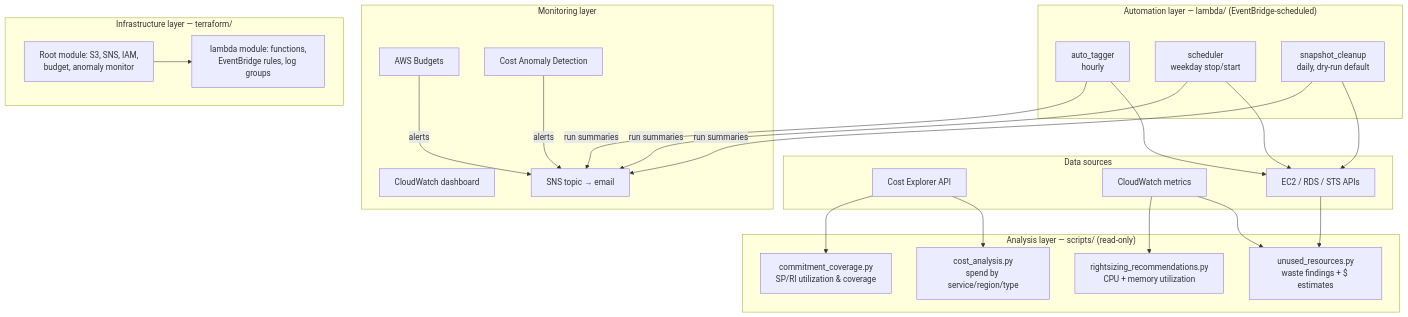
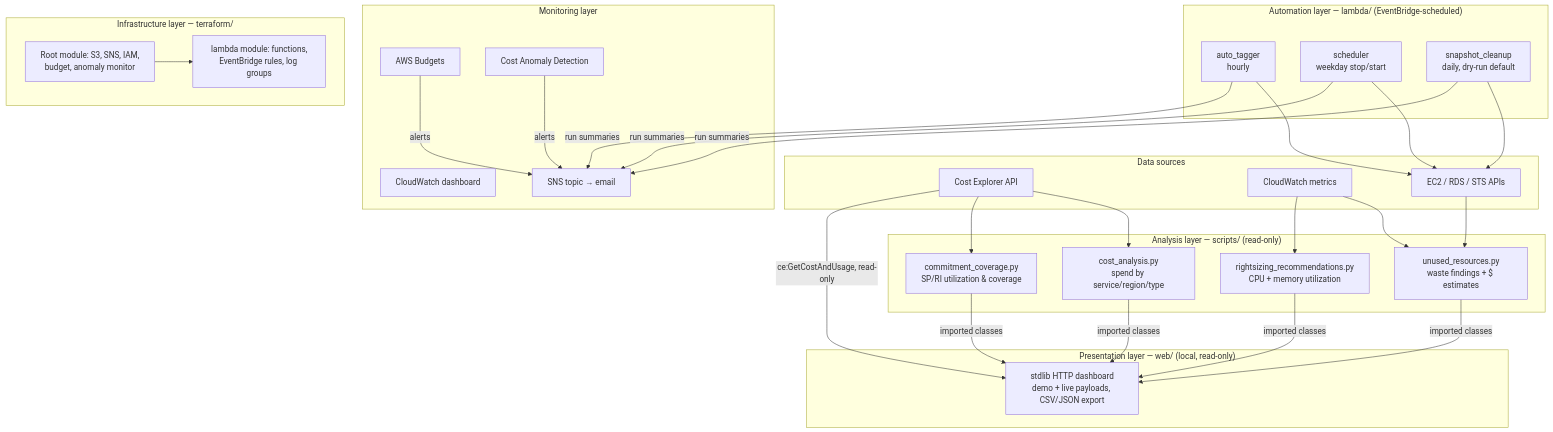
The diagram in docs/ARCHITECTURE.md (ayushraghuwanshi1704/aws-finops-cost-optimizer), drawn with Mermaid before and after one commit. The commit also changed other lines of this file and 21 other files, not shown here.

````diff
--- a/docs/ARCHITECTURE.md
+++ b/docs/ARCHITECTURE.md
@@ -14,41 +14,46 @@
 ```mermaid
 flowchart TB
     subgraph Data["Data sources"]
         CE[Cost Explorer API]
         CW[CloudWatch metrics]
         API[EC2 / RDS / STS APIs]
     end
 
     subgraph Analysis["Analysis layer — scripts/ (read-only)"]
         CA[cost_analysis.py<br/>spend by service/region/type]
         UR[unused_resources.py<br/>waste findings + $ estimates]
         RS[rightsizing_recommendations.py<br/>CPU + memory utilization]
         CC[commitment_coverage.py<br/>SP/RI utilization & coverage]
     end
 
     subgraph Automation["Automation layer — lambda/ (EventBridge-scheduled)"]
         AT[auto_tagger<br/>hourly]
         SCH[scheduler<br/>weekday stop/start]
         SC[snapshot_cleanup<br/>daily, dry-run default]
     end
 
     subgraph Monitoring["Monitoring layer"]
         BUD[AWS Budgets]
         CAD[Cost Anomaly Detection]
         DASH[CloudWatch dashboard]
         SNS[SNS topic → email]
     end
 
     subgraph Infra["Infrastructure layer — terraform/"]
         TF[Root module: S3, SNS, IAM,<br/>budget, anomaly monitor]
         MOD[lambda module: functions,<br/>EventBridge rules, log groups]
     end
 
+    subgraph Present["Presentation layer — web/ (local, read-only)"]
+        WEB[stdlib HTTP dashboard<br/>demo + live payloads, CSV/JSON export]
+    end
     CE --> CA & CC
     CW --> UR & RS
     API --> UR
     AT & SCH & SC --> API
     AT & SCH & SC -- run summaries --> SNS
     BUD & CAD -- alerts --> SNS
     TF --> MOD
+    CA & UR & RS & CC -- imported classes --> WEB
+    CE -- ce:GetCostAndUsage, read-only --> WEB
 ```
````
